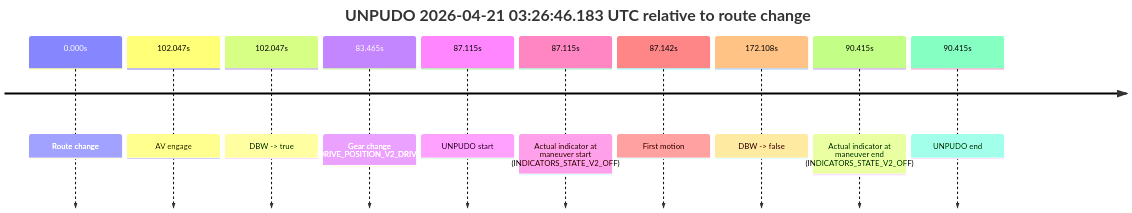
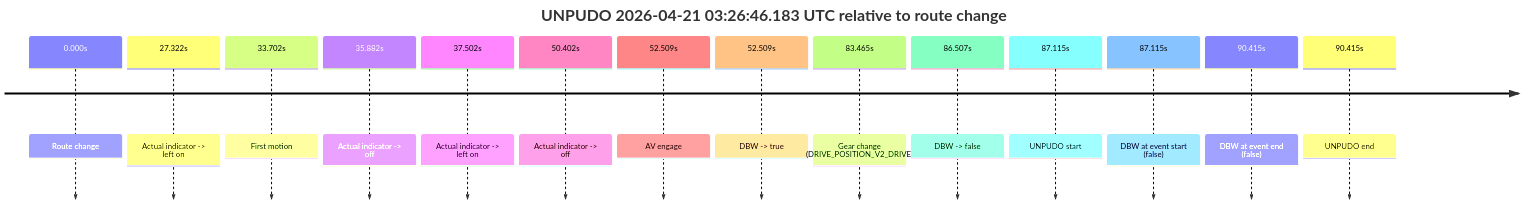
The seventh of 8 diagrams in model_analysis/report_cards/2026/04/Week-4/fme10005--2026-04-21--02-34-08--gen2-av-88814959-a959-438b-a1f8-52e6417ba36a.md (yoelshapiro/vault), drawn with Mermaid before and after one commit. The commit also changed other lines of this file and 85 other files, not shown here.

````diff
--- a/model_analysis/report_cards/2026/04/Week-4/fme10005--2026-04-21--02-34-08--gen2-av-88814959-a959-438b-a1f8-52e6417ba36a.md
+++ b/model_analysis/report_cards/2026/04/Week-4/fme10005--2026-04-21--02-34-08--gen2-av-88814959-a959-438b-a1f8-52e6417ba36a.md
@@ -543,14 +623,18 @@
 ```mermaid
 timeline
     title UNPUDO 2026-04-21 03:26:46.183 UTC relative to route change
     0.000s : Route change
-    102.047s : AV engage
-    102.047s : DBW -> true
+    27.322s : Actual indicator -> left on
+    33.702s : First motion
+    35.882s : Actual indicator -> off
+    37.502s : Actual indicator -> left on
+    50.402s : Actual indicator -> off
+    52.509s : AV engage
+    52.509s : DBW -> true
     83.465s : Gear change (DRIVE_POSITION_V2_DRIVE)
+    86.507s : DBW -> false
     87.115s : UNPUDO start
-    87.115s : Actual indicator at maneuver start (INDICATORS_STATE_V2_OFF)
-    87.142s : First motion
-    172.108s : DBW -> false
-    90.415s : Actual indicator at maneuver end (INDICATORS_STATE_V2_OFF)
+    87.115s : DBW at event start (false)
+    90.415s : DBW at event end (false)
     90.415s : UNPUDO end
 ```
````
